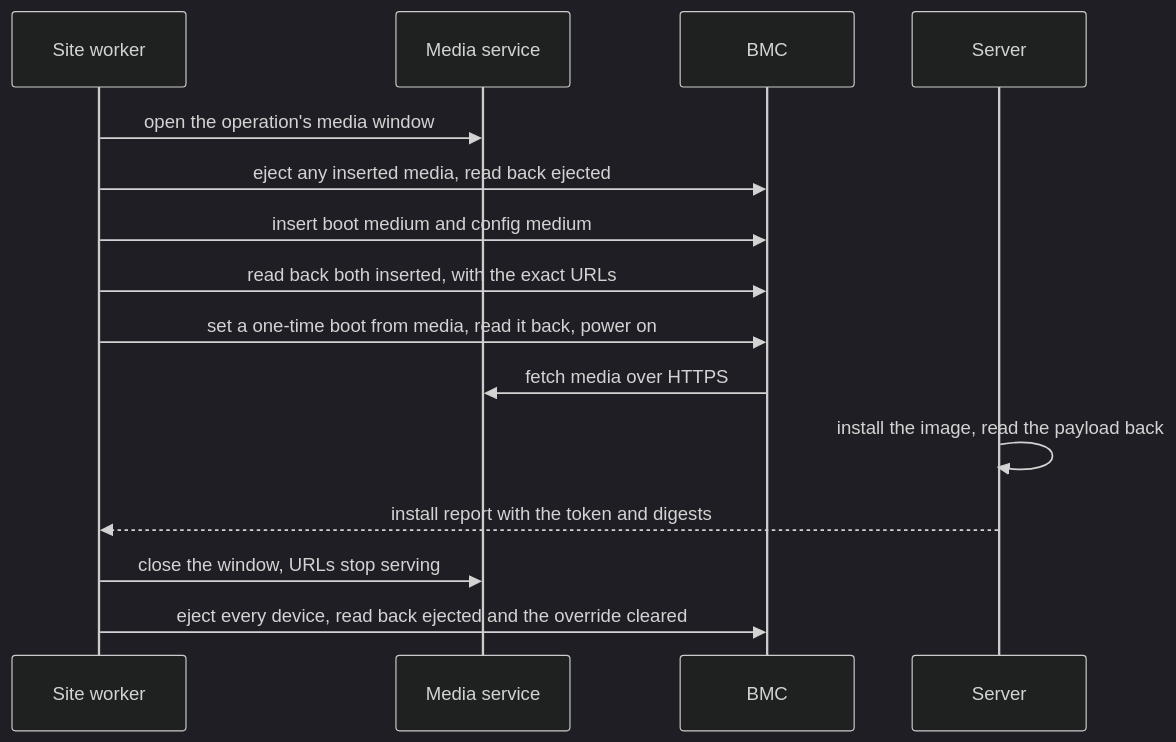
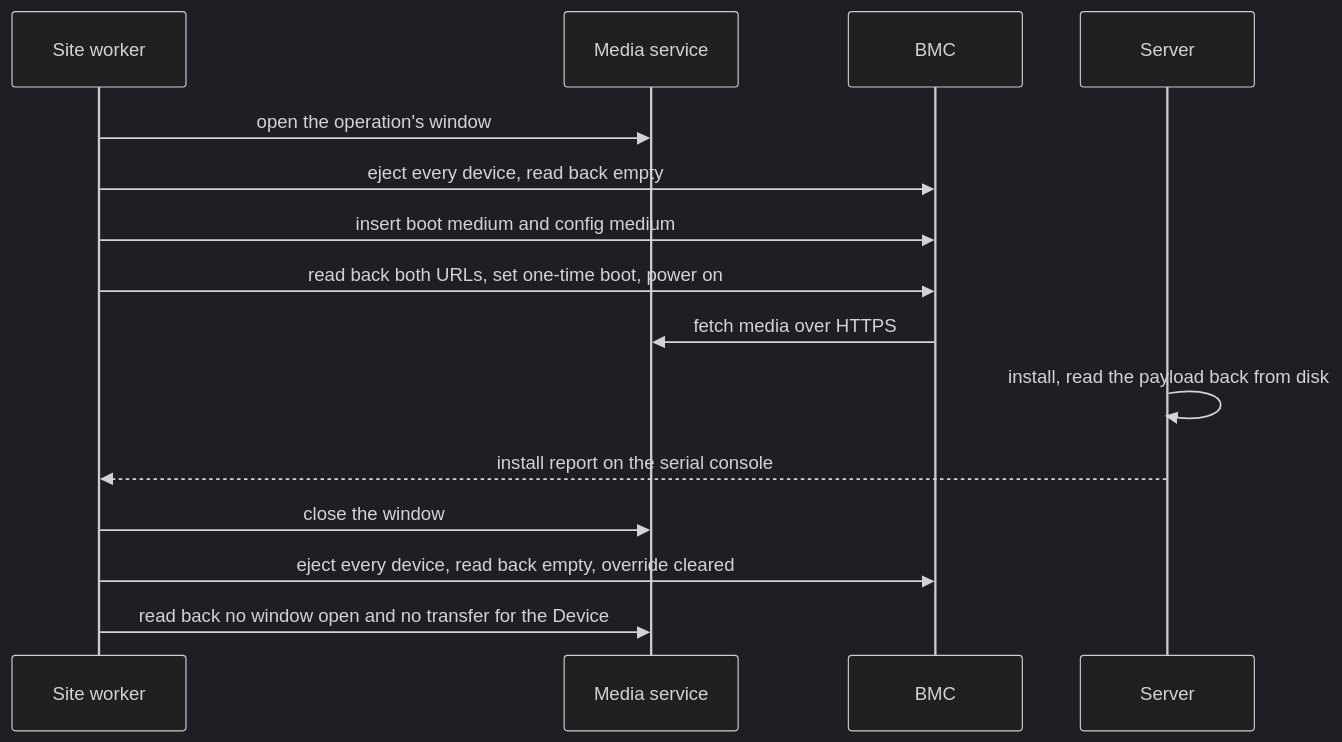
The diagram in docs/enhancements/boot-delivery/README.md (datum-cloud/fleet), drawn with Mermaid (dark theme) before and after one commit. The commit also changed other lines of this file, not shown here.

First line of the commit message:
docs: Tighten boot delivery hold and release rules

````diff
--- a/docs/enhancements/boot-delivery/README.md
+++ b/docs/enhancements/boot-delivery/README.md
@@ -218,17 +246,17 @@
 ```mermaid
 sequenceDiagram
     participant W as Site worker
     participant S as Media service
     participant B as BMC
     participant H as Server
-    W->>S: open the operation's media window
-    W->>B: eject any inserted media, read back ejected
+    W->>S: open the operation's window
+    W->>B: eject every device, read back empty
     W->>B: insert boot medium and config medium
-    W->>B: read back both inserted, with the exact URLs
-    W->>B: set a one-time boot from media, read it back, power on
+    W->>B: read back both URLs, set one-time boot, power on
     B->>S: fetch media over HTTPS
-    H->>H: install the image, read the payload back
-    H-->>W: install report with the token and digests
-    W->>S: close the window, URLs stop serving
-    W->>B: eject every device, read back ejected and the override cleared
+    H->>H: install, read the payload back from disk
+    H-->>W: install report on the serial console
+    W->>S: close the window
+    W->>B: eject every device, read back empty, override cleared
+    W->>S: read back no window open and no transfer for the Device
 ```
````
